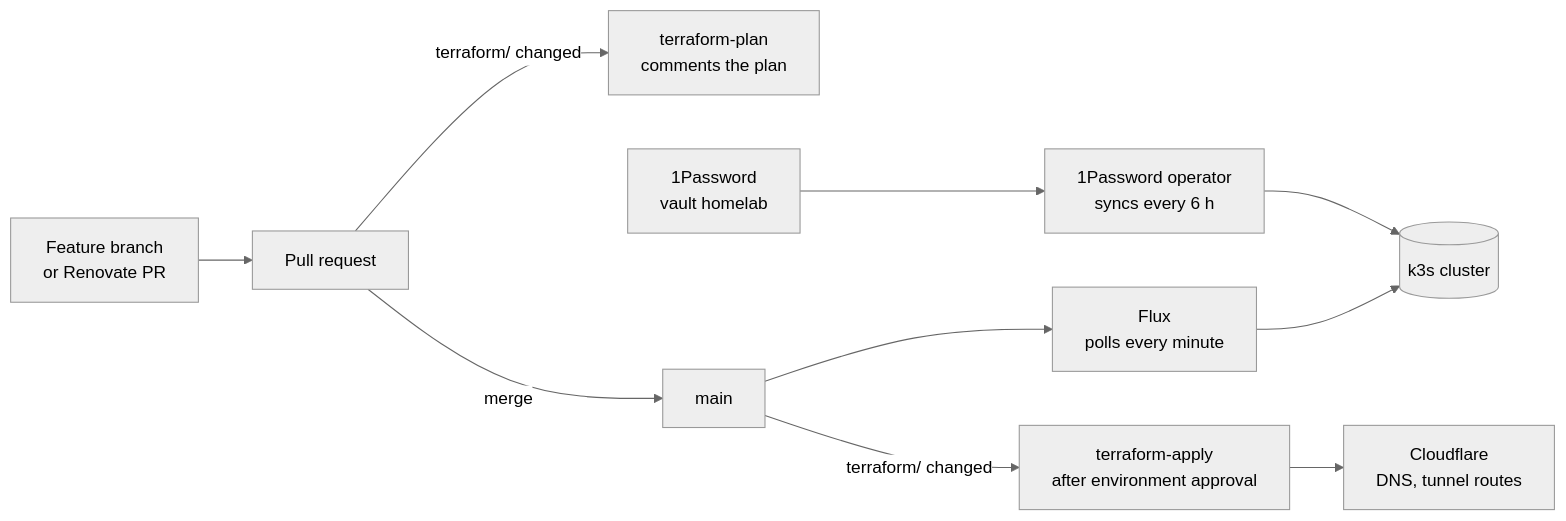
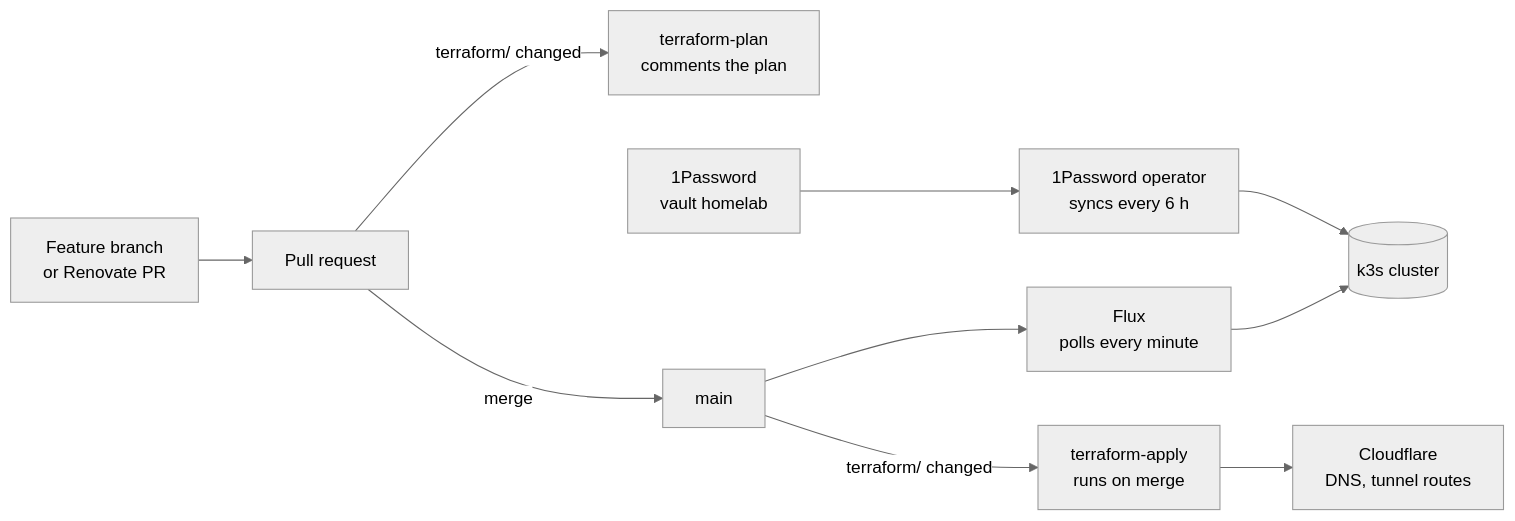
The second of 3 diagrams in docs/architecture.md (yuandrk/homelabops), drawn with Mermaid (neutral theme) before and after one commit. The commit also changed other lines of this file and 19 other files, not shown here.

````diff
--- a/docs/architecture.md
+++ b/docs/architecture.md
@@ -82,12 +81,12 @@
 ```mermaid
 flowchart LR
     branch["Feature branch<br/>or Renovate PR"] --> pr["Pull request"]
     pr -->|"terraform/ changed"| plan["terraform-plan<br/>comments the plan"]
     pr -->|"merge"| main["main"]
     main --> flux["Flux<br/>polls every minute"]
     flux --> cluster[("k3s cluster")]
-    main -->|"terraform/ changed"| apply["terraform-apply<br/>after environment approval"]
+    main -->|"terraform/ changed"| apply["terraform-apply<br/>runs on merge"]
     apply --> cf["Cloudflare<br/>DNS, tunnel routes"]
     vault["1Password<br/>vault homelab"] --> operator["1Password operator<br/>syncs every 6 h"]
     operator --> cluster
 ```
````
